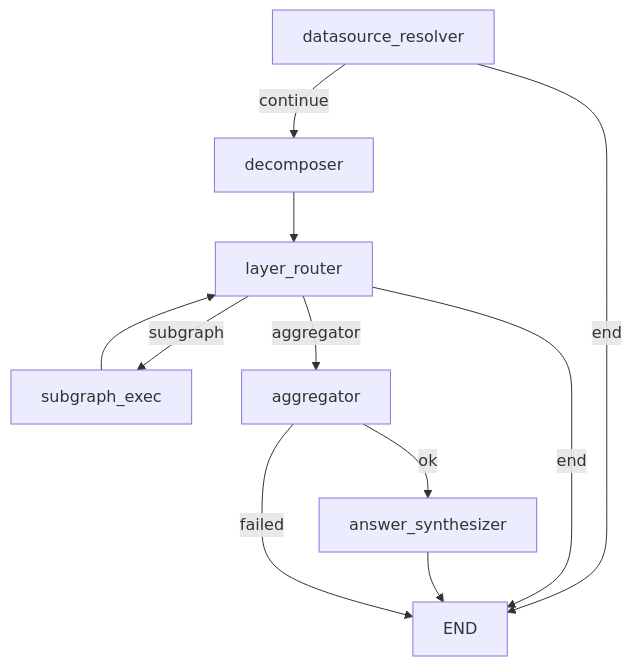
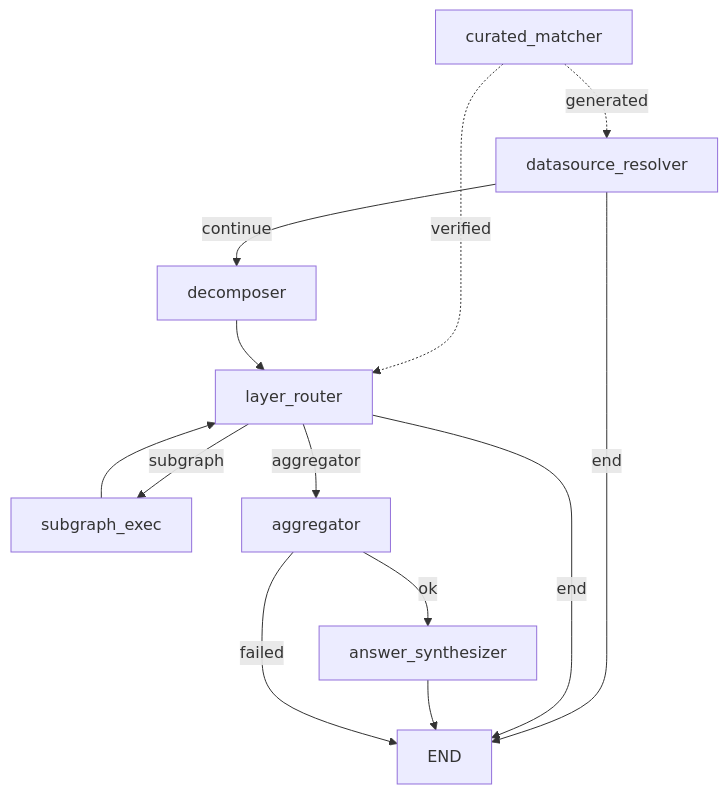
Before and after one commit to nadeem4/nl2sql: the diagram in docs/architecture/subgraphs/main_pipeline_graph.md, drawn with Mermaid. The commit also changed other lines of this file and 59 other files, not shown here.

First line of the commit message:
feat(curated): match verified queries and run them with bound parameters (#243)

````diff
--- a/docs/architecture/subgraphs/main_pipeline_graph.md
+++ b/docs/architecture/subgraphs/main_pipeline_graph.md
@@ -62,12 +63,14 @@
 ```mermaid
 flowchart TD
+    curated_matcher -.->|verified| layer_router
+    curated_matcher -.->|generated| datasource_resolver
     datasource_resolver -->|continue| decomposer
     datasource_resolver -->|end| END
     decomposer --> layer_router
     layer_router -->|subgraph| subgraph_exec
     subgraph_exec --> layer_router
     layer_router -->|aggregator| aggregator
     layer_router -->|end| END
     aggregator -->|ok| answer_synthesizer --> END
     aggregator -->|failed| END
 ```
````
